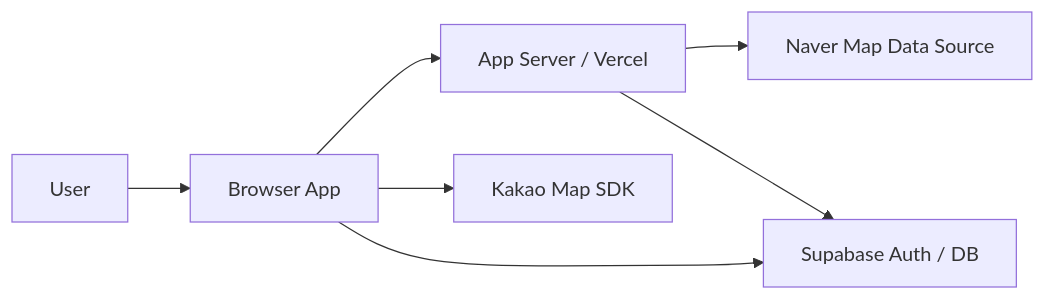
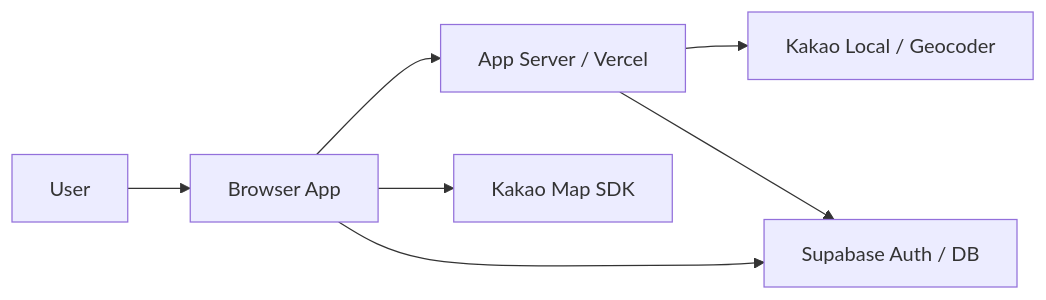
The diagram in docs/02-architecture/system-context.md (iamjongmyeong/nurimap), drawn with Mermaid before and after one commit. The commit also changed other lines of this file and 22 other files, not shown here.

````diff
--- a/docs/02-architecture/system-context.md
+++ b/docs/02-architecture/system-context.md
@@ -22,9 +22,9 @@
 ```mermaid
 flowchart LR
   U["User"] --> B["Browser App"]
   B --> A["App Server / Vercel"]
   B --> K["Kakao Map SDK"]
   B --> S["Supabase Auth / DB"]
-  A --> N["Naver Map Data Source"]
+  A --> G["Kakao Local / Geocoder"]
   A --> S
 ```
````
